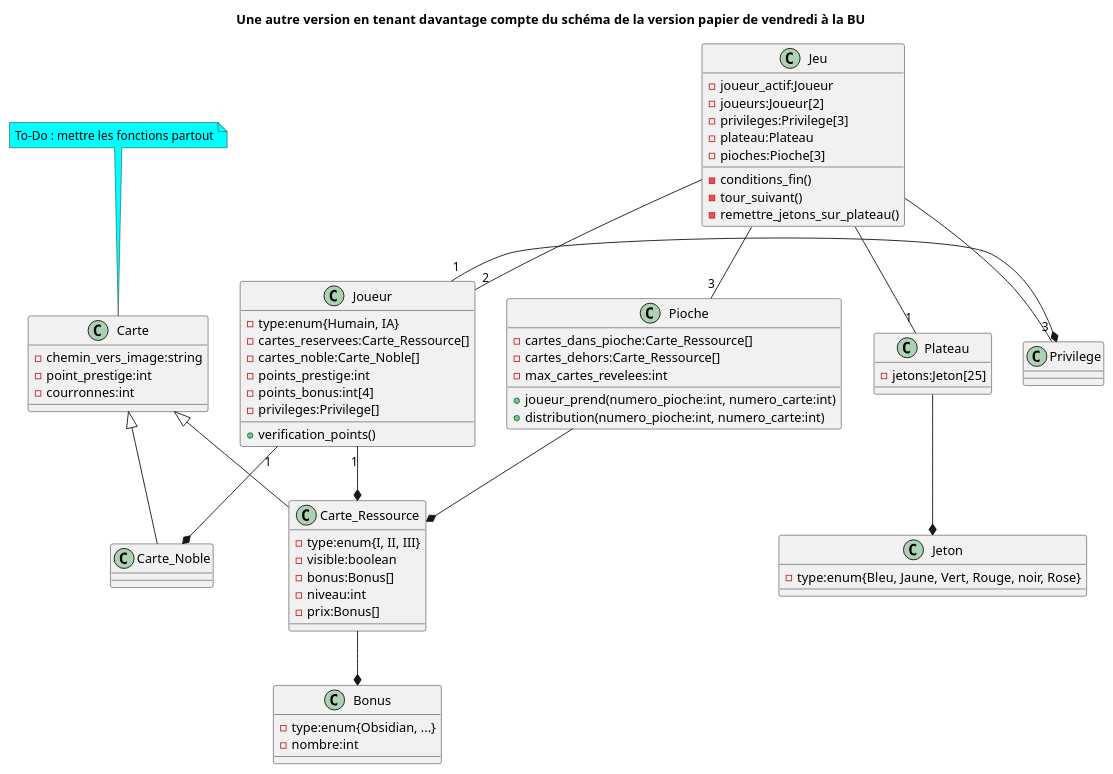
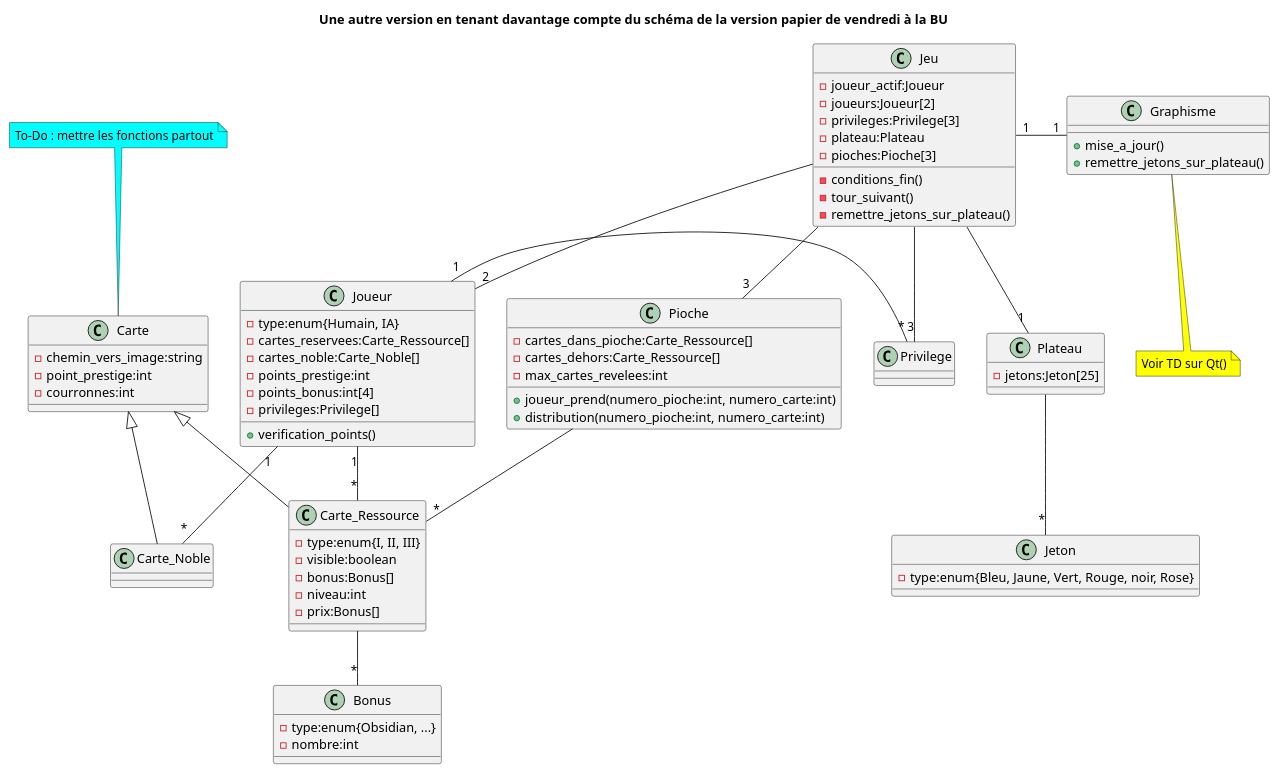
The diagram in SplendorUML_v2.puml (LaylaLunae/Splendor-duel), drawn with PlantUML before and after one commit.

Commit message:
Ajout de la classe Graphisme et réctification des liens *.

```diff
--- a/SplendorUML_v2.puml
+++ b/SplendorUML_v2.puml
@@ -1,79 +1,86 @@
 @startuml
 class Carte{
 - chemin_vers_image:string
 - point_prestige:int
 - courronnes:int
 }
 
 class Joueur{
 - type:enum{Humain, IA}
 - cartes_reservees:Carte_Ressource[]
 - cartes_noble:Carte_Noble[]
 - points_prestige:int
 - points_bonus:int[4]
 - privileges:Privilege[]
 + verification_points()
 }
 class Jeton{
 -type:enum{Bleu, Jaune, Vert, Rouge, noir, Rose}
 }
 
 class Bonus {
 - type:enum{Obsidian, ...}
 - nombre:int
 }
 
 class Carte_Ressource{
 - type:enum{I, II, III}
 - visible:boolean
 - bonus:Bonus[]
 - niveau:int
 - prix:Bonus[]
 }
 
 class Carte_Noble {}
 
 class Jeu {
 - joueur_actif:Joueur
 - joueurs:Joueur[2]
 - privileges:Privilege[3]
 - plateau:Plateau
 - pioches:Pioche[3]
 - conditions_fin()
 - tour_suivant()
 - remettre_jetons_sur_plateau()
 }
 
 class Privilege {}
 
 class Plateau {
 - jetons:Jeton[25]
 }
 class Pioche{
 - cartes_dans_pioche:Carte_Ressource[]
 - cartes_dehors:Carte_Ressource[]
 - max_cartes_revelees:int
 + joueur_prend(numero_pioche:int, numero_carte:int)
 + distribution(numero_pioche:int, numero_carte:int)
 }
 
+class Graphisme {
++ mise_a_jour()
++ remettre_jetons_sur_plateau()
+}
+
 /'Héritage :'/
 Carte <|-- Carte_Ressource
 Carte <|-- Carte_Noble
 
 /'Relation :'/
-Joueur "1"-* Carte_Ressource
-Joueur "1"-* Carte_Noble
-Joueur "1"-*Privilege
-Plateau --* Jeton
-Pioche --* Carte_Ressource
-Carte_Ressource --* Bonus
+Joueur "1"-"*" Carte_Ressource
+Joueur "1"-"*" Carte_Noble
+Joueur "1"-"*"Privilege
+Plateau --"*" Jeton
+Pioche --"*" Carte_Ressource
+Carte_Ressource --"*" Bonus
 Jeu --"2" Joueur
 Jeu --"1" Plateau
 Jeu --"3" Pioche
 Jeu --"3" Privilege
+Jeu "1"-"1" Graphisme
 
 
 title Une autre version en tenant davantage compte du schéma de la version papier de vendredi à la BU
 note top of Carte #aqua: To-Do : mettre les fonctions partout
+note bottom of Graphisme #yellow: Voir TD sur Qt()
 @enduml
```
